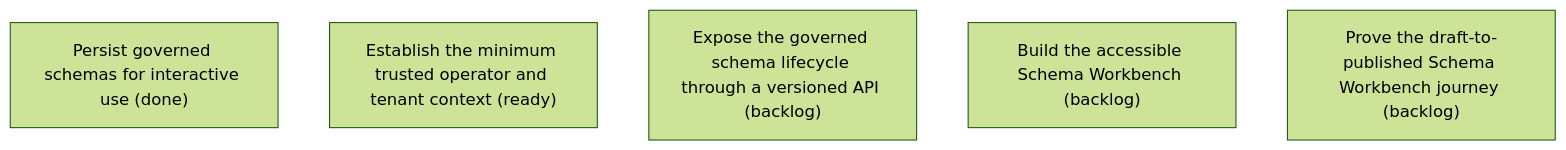
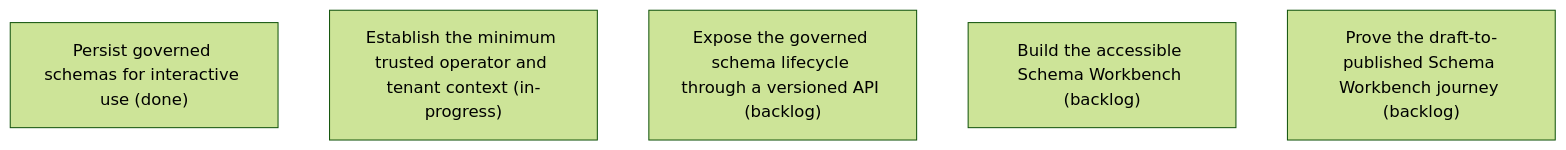
The diagram in .skyhook/plan/epics/37GEDS1AHPKD75TVFA4TGN1VD4.md (asadayoub/Evidentia), drawn with Mermaid (forest theme) before and after one commit. The commit also changed other lines of this file and 50 other files, not shown here.

````diff
--- a/.skyhook/plan/epics/37GEDS1AHPKD75TVFA4TGN1VD4.md
+++ b/.skyhook/plan/epics/37GEDS1AHPKD75TVFA4TGN1VD4.md
@@ -24,8 +24,8 @@
 ```mermaid
 flowchart TD
     0VJ9SHA39TA291D8QXB0TQS3HQ["Persist governed schemas for interactive use (done)"]
-    N1ZNPJWFZYPV0MVB8FP137GRJP["Establish the minimum trusted operator and tenant context (ready)"]
+    N1ZNPJWFZYPV0MVB8FP137GRJP["Establish the minimum trusted operator and tenant context (in-progress)"]
     X51S43NTMRW5ASYSKJBF7FW845["Expose the governed schema lifecycle through a versioned API (backlog)"]
     H98W5WTJBWT8EY0Q10P3KPCEEB["Build the accessible Schema Workbench (backlog)"]
     265YM4FNANJAH2J338BKAWFXDM["Prove the draft-to-published Schema Workbench journey (backlog)"]
 ```
````
